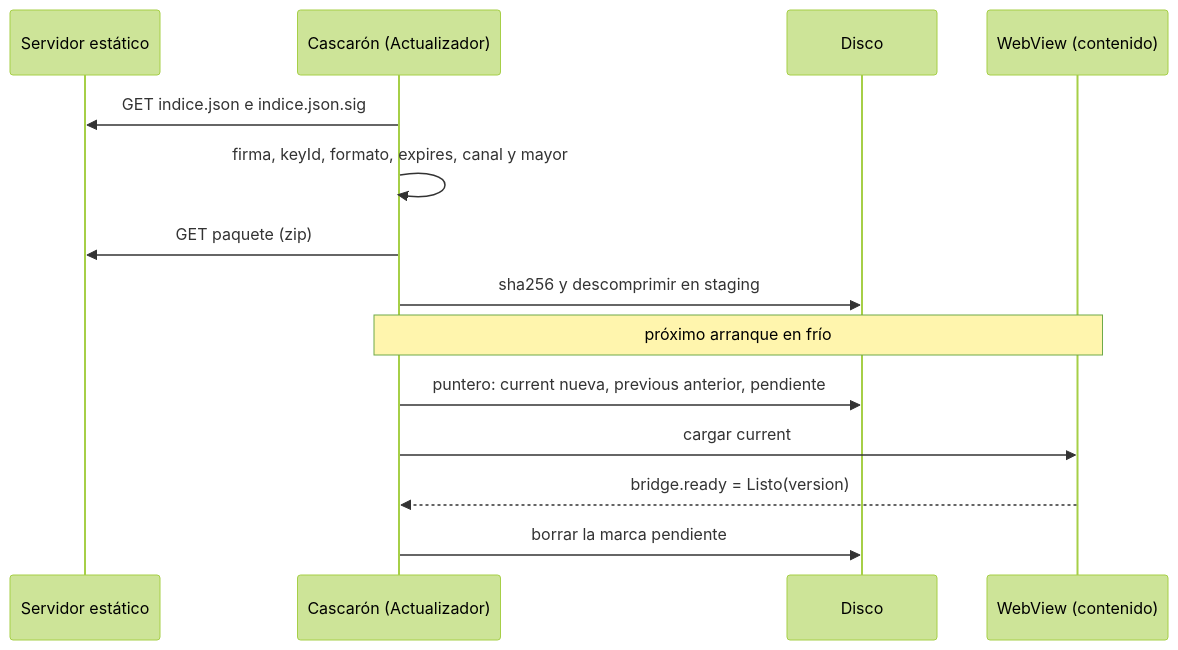
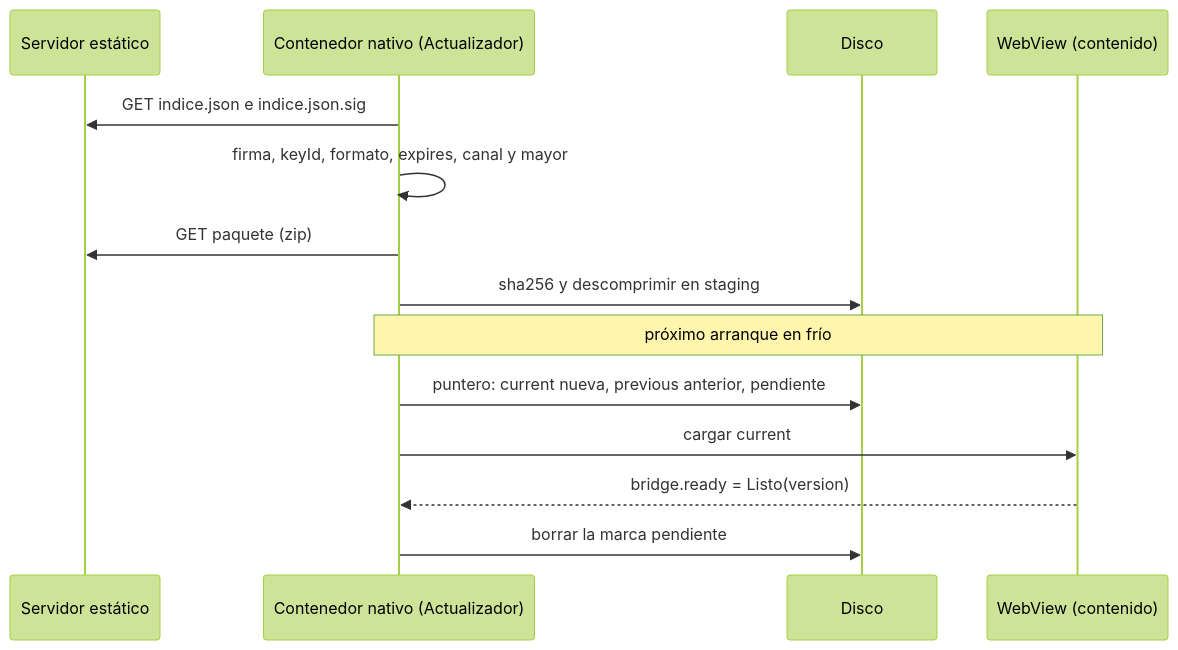
Before and after one commit to hdcm-dev/Lab-Documentos: the seventh of 27 diagrams in Concepts/Framework-Concept/MAUI-Framework-Developer-Guide.md, drawn with Mermaid (forest theme). The commit also changed other lines of this file and 10 other files, not shown here.

First line of the commit message:
Framework-Concept: «cascarón» → «contenedor nativo» (ADR-0001) y pauta Apple 4.7.2

````diff
--- a/Concepts/Framework-Concept/MAUI-Framework-Developer-Guide.md
+++ b/Concepts/Framework-Concept/MAUI-Framework-Developer-Guide.md
@@ -678,16 +678,16 @@
 ```mermaid
 sequenceDiagram
     participant S as Servidor estático
-    participant C as Cascarón (Actualizador)
+    participant C as Contenedor nativo (Actualizador)
     participant D as Disco
     participant W as WebView (contenido)
     C->>S: GET indice.json e indice.json.sig
     C->>C: firma, keyId, formato, expires, canal y mayor
     C->>S: GET paquete (zip)
     C->>D: sha256 y descomprimir en staging
     Note over C,W: próximo arranque en frío
     C->>D: puntero: current nueva, previous anterior, pendiente
     C->>W: cargar current
     W-->>C: bridge.ready = Listo(version)
     C->>D: borrar la marca pendiente
 ```
````
